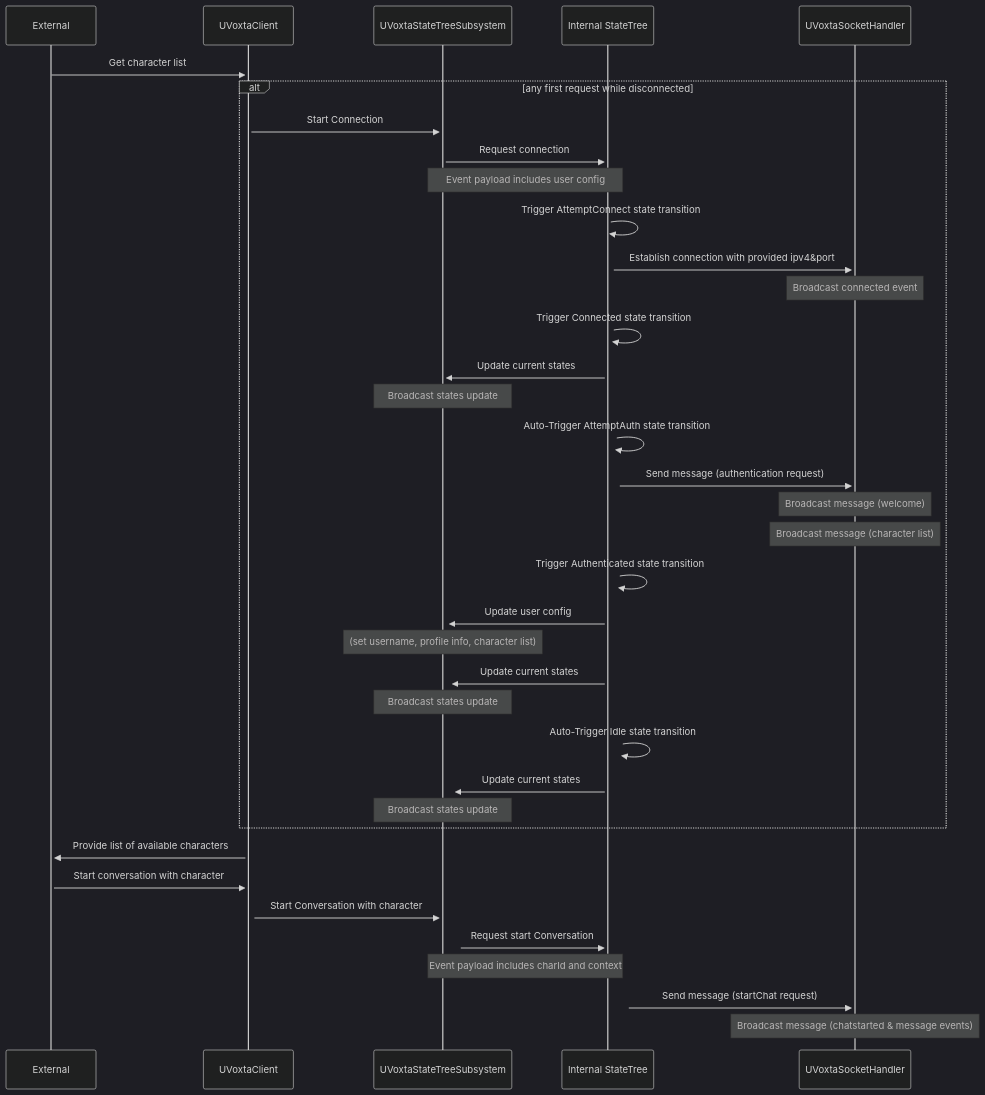
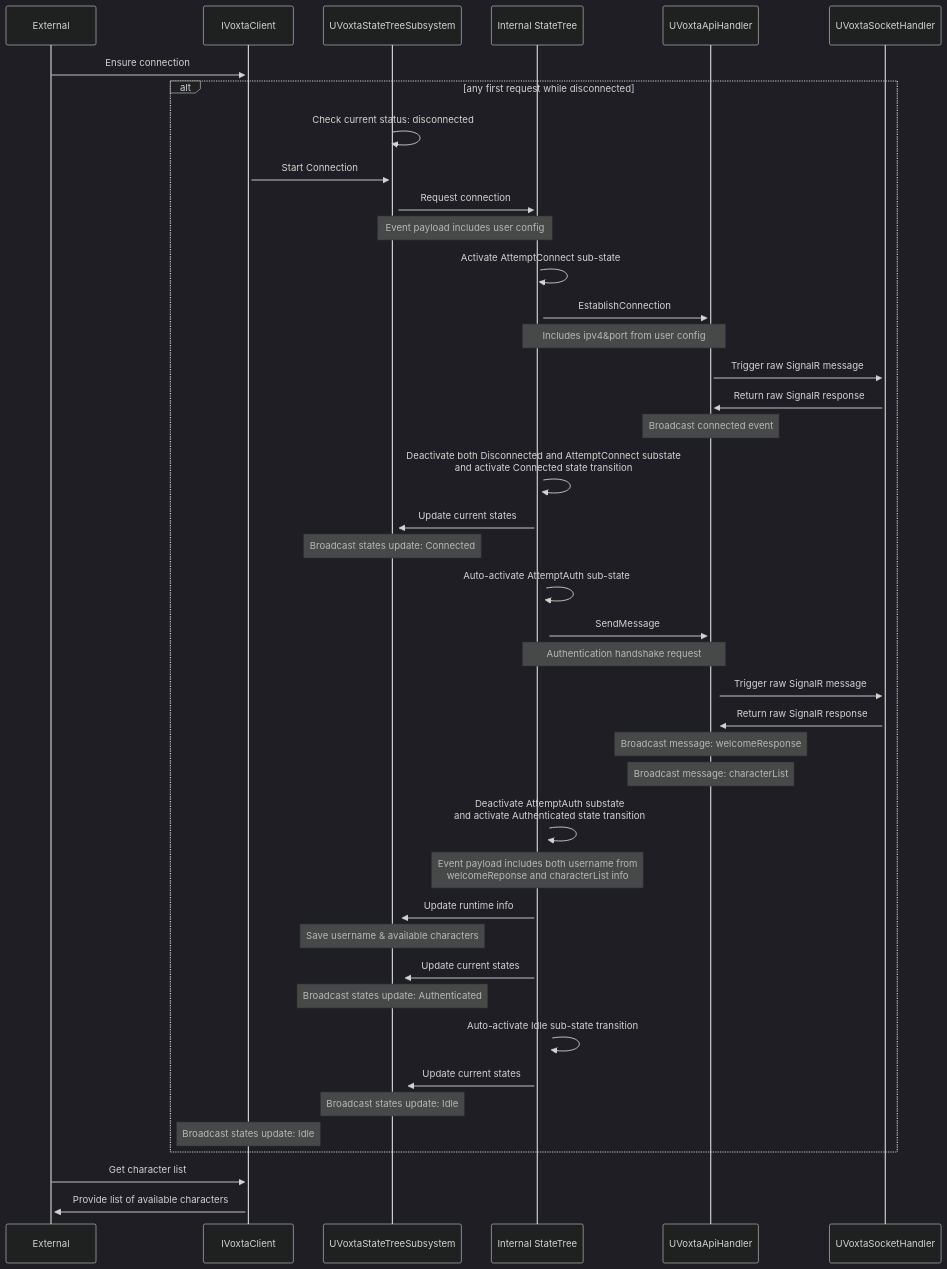
One commit to grrimgrriefer/UnrealVoxta changed the diagram in README.md. Above: the diagram before and after it, drawn with Mermaid. The commit also changed other lines of this file, not shown here.

Commit message:
figured out what I want

````diff
--- a/README.md
+++ b/README.md
@@ -2,60 +14,56 @@
 ```mermaid
 ---
 config:
   theme: dark
 ---
 sequenceDiagram
 
-    participant External
+	participant External
 
-    External->>+UVoxtaClient: Get character list
+	External->>+IVoxtaClient: Ensure connection
 
-    alt any first request while disconnected
-        UVoxtaClient->>+UVoxtaStateTreeSubsystem: Start Connection
+	alt any first request while disconnected
+		UVoxtaStateTreeSubsystem->>+UVoxtaStateTreeSubsystem: Check current status: disconnected
+		IVoxtaClient->>+UVoxtaStateTreeSubsystem: Start Connection
 
-        UVoxtaStateTreeSubsystem->>+Internal StateTree: Request connection
-            Note over UVoxtaStateTreeSubsystem,Internal StateTree: Event payload includes user config
-        
-        Internal StateTree->>+Internal StateTree: Trigger AttemptConnect state transition
+		UVoxtaStateTreeSubsystem->>+Internal StateTree: Request connection
+			Note over UVoxtaStateTreeSubsystem,Internal StateTree: Event payload includes user config
+		Internal StateTree->>+Internal StateTree: Activate AttemptConnect sub-state
+		Internal StateTree->>+UVoxtaApiHandler: EstablishConnection
+			Note over Internal StateTree,UVoxtaApiHandler: Includes ipv4&port from user config
 
-        Internal StateTree->>+UVoxtaSocketHandler: Establish connection with provided ipv4&port
-            Note over UVoxtaSocketHandler: Broadcast connected event
+		UVoxtaApiHandler->>+UVoxtaSocketHandler: Trigger raw SignalR message
+		UVoxtaSocketHandler->>+UVoxtaApiHandler: Return raw SignalR response
+			Note over UVoxtaApiHandler: Broadcast connected event
 
-        Internal StateTree->>+Internal StateTree: Trigger Connected state transition
+		Internal StateTree->>+Internal StateTree: Deactivate both Disconnected and AttemptConnect substate<br /> and activate Connected state transition
+		Internal StateTree->>+UVoxtaStateTreeSubsystem: Update current states
+			Note over UVoxtaStateTreeSubsystem: Broadcast states update: Connected
 
-        Internal StateTree->>+UVoxtaStateTreeSubsystem: Update current states
-            Note over UVoxtaStateTreeSubsystem: Broadcast states update
+		Internal StateTree->>+Internal StateTree: Auto-activate AttemptAuth sub-state
+		Internal StateTree->>+UVoxtaApiHandler: SendMessage
+			Note over Internal StateTree,UVoxtaApiHandler: Authentication handshake request
 
-        Internal StateTree->>+Internal StateTree: Auto-Trigger AttemptAuth state transition
+		UVoxtaApiHandler->>+UVoxtaSocketHandler: Trigger raw SignalR message
+		UVoxtaSocketHandler->>+UVoxtaApiHandler: Return raw SignalR response
+			Note over UVoxtaApiHandler: Broadcast message: welcomeResponse
+			Note over UVoxtaApiHandler: Broadcast message: characterList
 
-        Internal StateTree->>+UVoxtaSocketHandler: Send message (authentication request)
-            Note over UVoxtaSocketHandler: Broadcast message (welcome)
-            Note over UVoxtaSocketHandler: Broadcast message (character list)
+		Internal StateTree->>+Internal StateTree: Deactivate AttemptAuth substate<br /> and activate Authenticated state transition
+			Note over Internal StateTree: Event payload includes both username from <br />welcomeReponse and characterList info
 
-        Internal StateTree->>+Internal StateTree: Trigger Authenticated state transition
+		Internal StateTree->>+UVoxtaStateTreeSubsystem: Update runtime info
+			Note over UVoxtaStateTreeSubsystem: Save username & available characters
+		Internal StateTree->>+UVoxtaStateTreeSubsystem: Update current states
+			Note over UVoxtaStateTreeSubsystem: Broadcast states update: Authenticated
 
-        Internal StateTree->>+UVoxtaStateTreeSubsystem: Update user config
-            Note over UVoxtaStateTreeSubsystem: (set username, profile info, character list)
+		Internal StateTree->>+Internal StateTree: Auto-activate Idle sub-state transition
+		Internal StateTree->>+UVoxtaStateTreeSubsystem: Update current states
+			Note over UVoxtaStateTreeSubsystem: Broadcast states update: Idle
+		Note over IVoxtaClient: Broadcast states update: Idle
+	end
 
-        Internal StateTree->>+UVoxtaStateTreeSubsystem: Update current states
-            Note over UVoxtaStateTreeSubsystem: Broadcast states update
-            
-        Internal StateTree->>+Internal StateTree: Auto-Trigger Idle state transition
+	External->>+IVoxtaClient: Get character list
 
-        Internal StateTree->>+UVoxtaStateTreeSubsystem: Update current states
-            Note over UVoxtaStateTreeSubsystem: Broadcast states update
-    end
-
-    UVoxtaClient->>+External: Provide list of available characters
-
-    External->>+UVoxtaClient: Start conversation with character
-
-    UVoxtaClient->>+UVoxtaStateTreeSubsystem: Start Conversation with character
-
-    UVoxtaStateTreeSubsystem->>+Internal StateTree: Request start Conversation
-        Note over UVoxtaStateTreeSubsystem,Internal StateTree: Event payload includes charId and context
-
-    Internal StateTree->>+UVoxtaSocketHandler: Send message (startChat request)
-        Note over UVoxtaSocketHandler: Broadcast message (chatstarted & message events)
-
+	IVoxtaClient->>+External: Provide list of available characters
 ```
````
